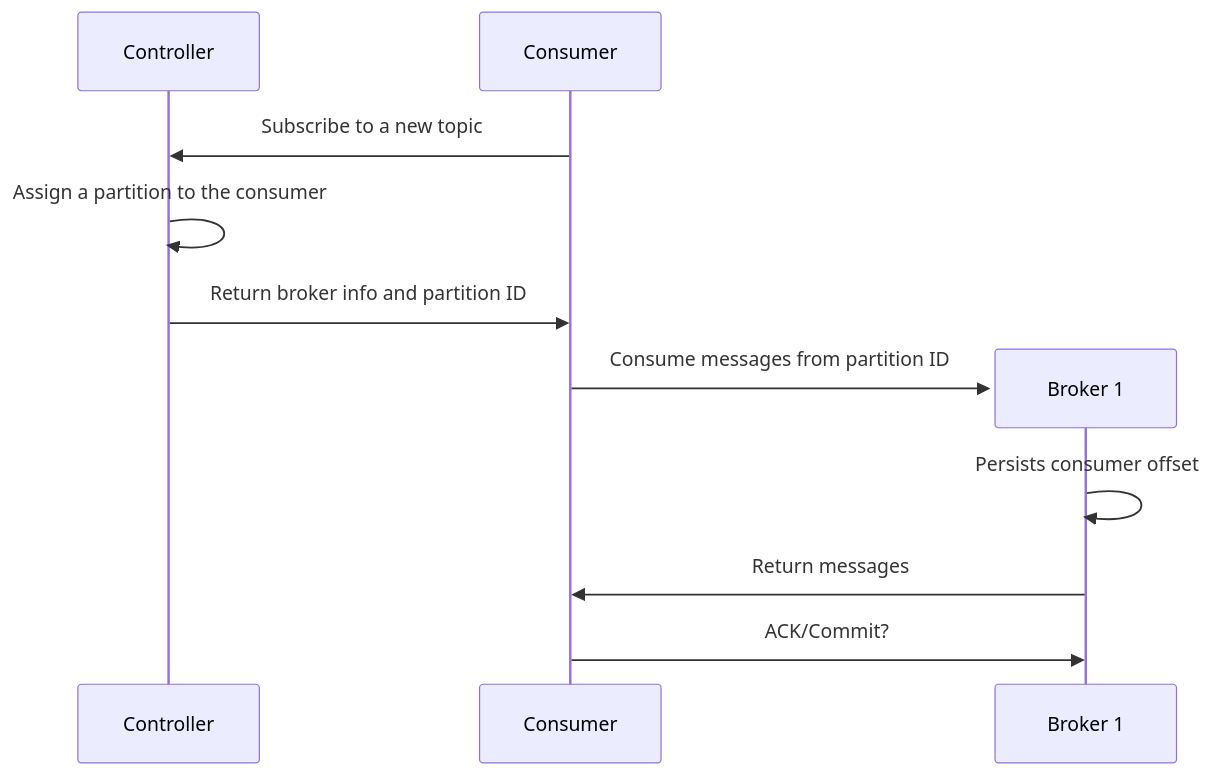
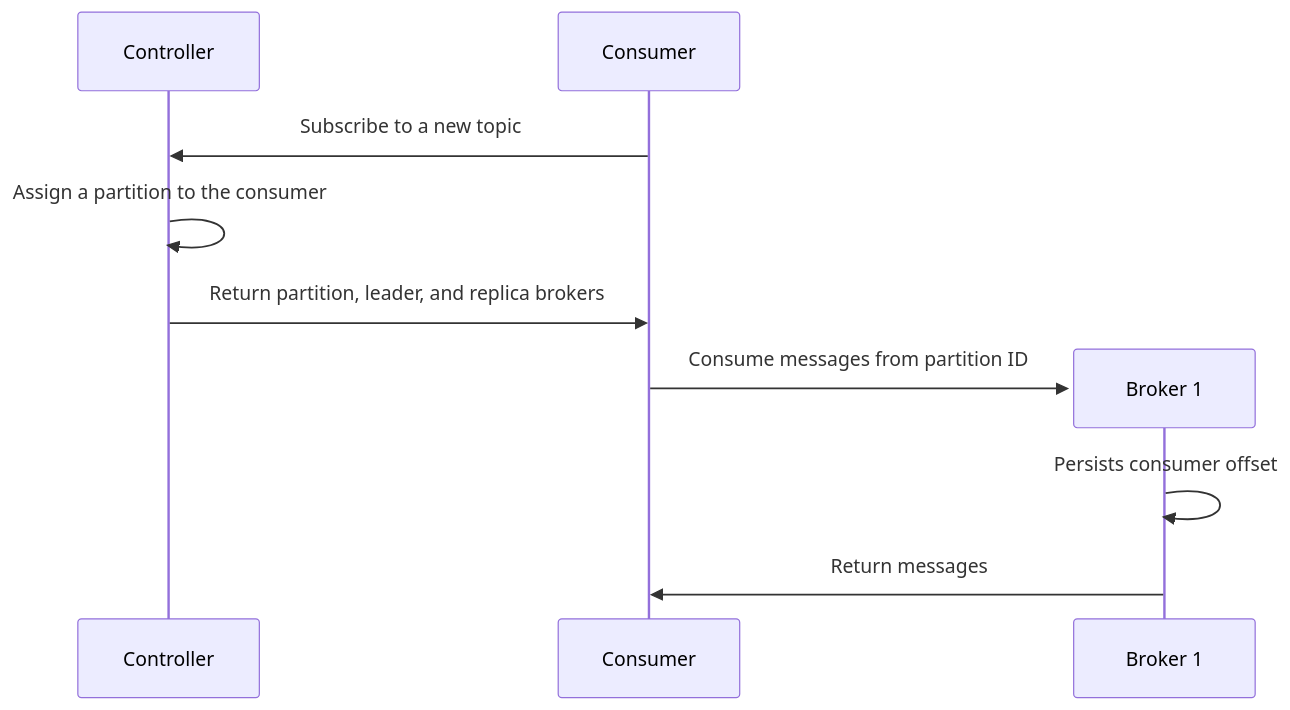
The second of 2 diagrams in docs/README.md (cswpy/kueue), drawn with Mermaid before and after one commit. The commit also changed other lines of this file and 1 other file, not shown here.

Commit message:
Updated docs & diagrams

````diff
--- a/docs/README.md
+++ b/docs/README.md
@@ -23,13 +26,12 @@
 ```mermaid
 sequenceDiagram
     participant CTRL as Controller
     participant C as Consumer
     C->>CTRL: Subscribe to a new topic
     CTRL->>CTRL: Assign a partition to the consumer
-    CTRL->>C: Return broker info and partition ID
+    CTRL->>C: Return partition, leader, and replica brokers
     create participant B1 as Broker 1
     C->>B1: Consume messages from partition ID
     B1->>B1: Persists consumer offset
     B1->>C: Return messages
-    C->>B1: ACK/Commit?
 ```
````
